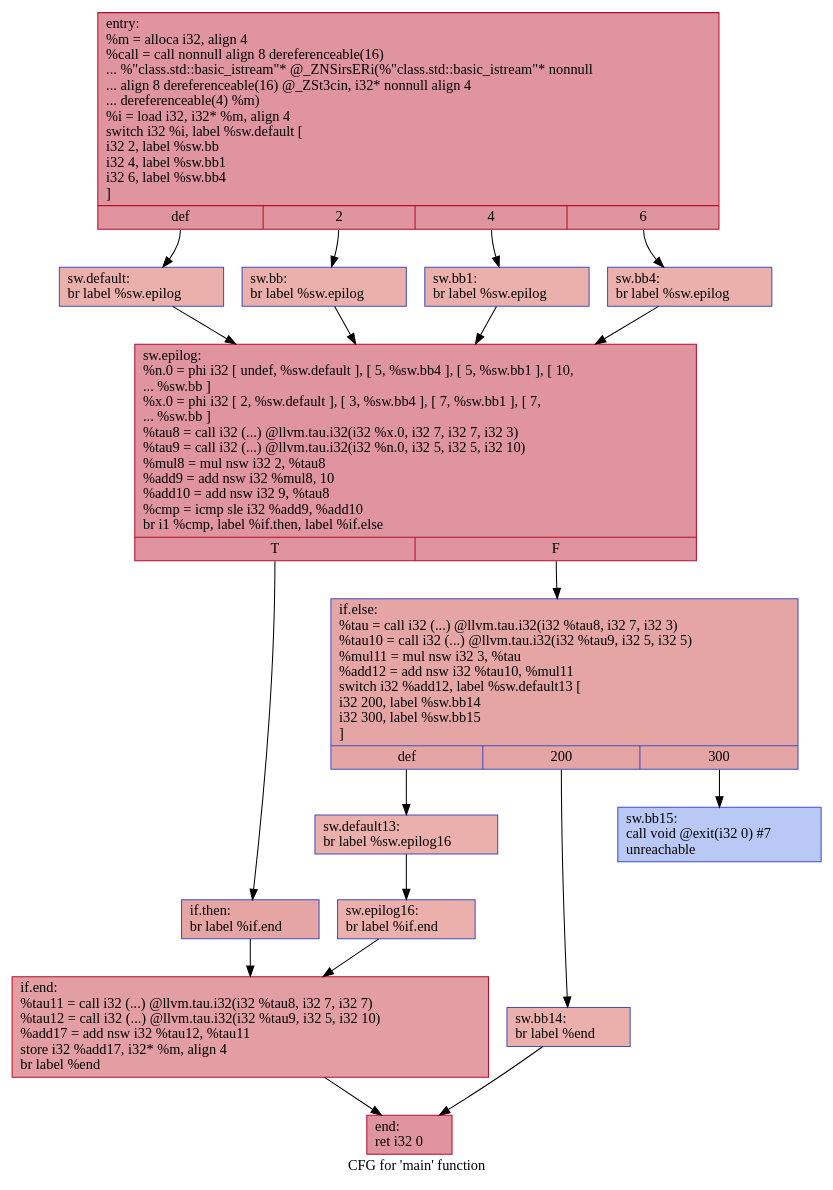
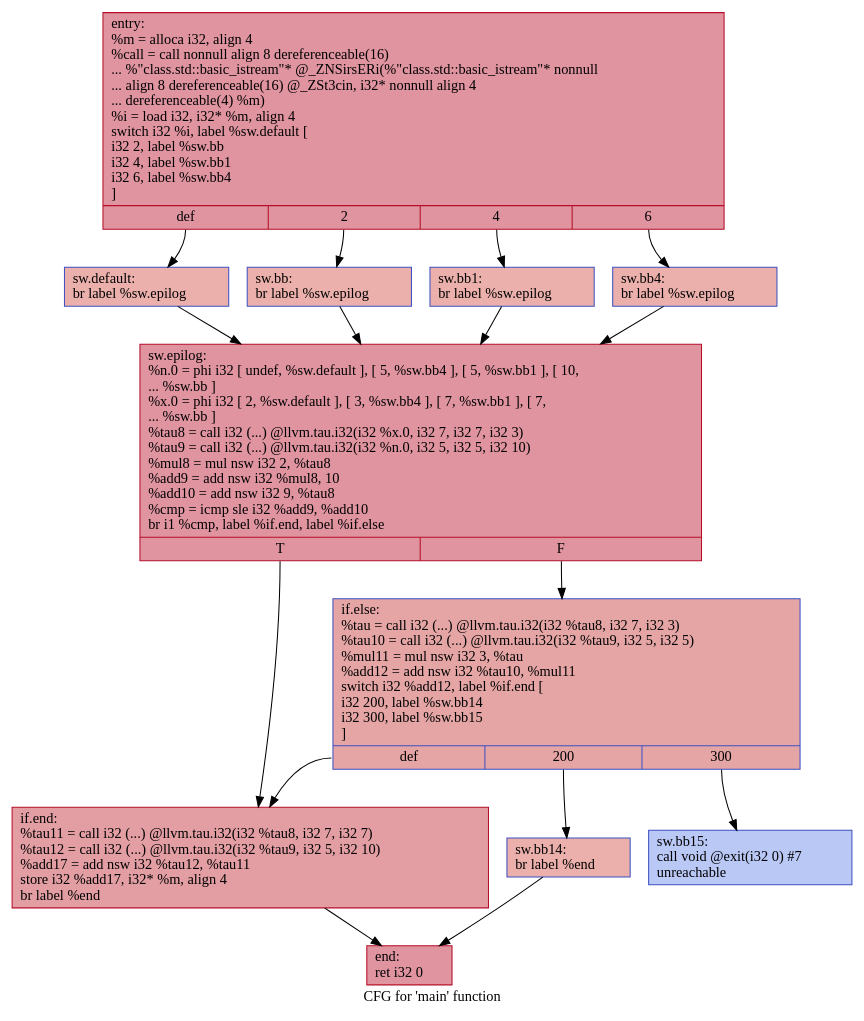
Before and after one commit to HPSSA-LLVM/HPSSA-LLVM: the diagram in IR/cfg/SCCP_HPSSA.dot, drawn with Graphviz. The commit also changed 26 other files, not shown here.

```diff
--- a/IR/cfg/SCCP_HPSSA.dot
+++ b/IR/cfg/SCCP_HPSSA.dot
@@ -1,36 +1,30 @@
 digraph "CFG for 'main' function" {
 	label="CFG for 'main' function";
 
-	Node0x55d9d6692d10 [shape=record,color="#b70d28ff", style=filled, fillcolor="#b70d2870",label="{entry:\l  %m = alloca i32, align 4\l  %call = call nonnull align 8 dereferenceable(16)\l... %\"class.std::basic_istream\"* @_ZNSirsERi(%\"class.std::basic_istream\"* nonnull\l... align 8 dereferenceable(16) @_ZSt3cin, i32* nonnull align 4\l... dereferenceable(4) %m)\l  %i = load i32, i32* %m, align 4\l  switch i32 %i, label %sw.default [\l    i32 2, label %sw.bb\l    i32 4, label %sw.bb1\l    i32 6, label %sw.bb4\l  ]\l|{<s0>def|<s1>2|<s2>4|<s3>6}}"];
-	Node0x55d9d6692d10:s0 -> Node0x55d9d6693180;
-	Node0x55d9d6692d10:s1 -> Node0x55d9d6693290;
-	Node0x55d9d6692d10:s2 -> Node0x55d9d6693390;
-	Node0x55d9d6692d10:s3 -> Node0x55d9d6693490;
-	Node0x55d9d6693290 [shape=record,color="#3d50c3ff", style=filled, fillcolor="#d24b4070",label="{sw.bb:                                            \l  br label %sw.epilog\l}"];
-	Node0x55d9d6693290 -> Node0x55d9d66935b0;
-	Node0x55d9d6693390 [shape=record,color="#3d50c3ff", style=filled, fillcolor="#d24b4070",label="{sw.bb1:                                           \l  br label %sw.epilog\l}"];
-	Node0x55d9d6693390 -> Node0x55d9d66935b0;
-	Node0x55d9d6693490 [shape=record,color="#3d50c3ff", style=filled, fillcolor="#d24b4070",label="{sw.bb4:                                           \l  br label %sw.epilog\l}"];
-	Node0x55d9d6693490 -> Node0x55d9d66935b0;
-	Node0x55d9d6693180 [shape=record,color="#3d50c3ff", style=filled, fillcolor="#d24b4070",label="{sw.default:                                       \l  br label %sw.epilog\l}"];
-	Node0x55d9d6693180 -> Node0x55d9d66935b0;
-	Node0x55d9d66935b0 [shape=record,color="#b70d28ff", style=filled, fillcolor="#b70d2870",label="{sw.epilog:                                        \l  %n.0 = phi i32 [ undef, %sw.default ], [ 5, %sw.bb4 ], [ 5, %sw.bb1 ], [ 10,\l... %sw.bb ]\l  %x.0 = phi i32 [ 2, %sw.default ], [ 3, %sw.bb4 ], [ 7, %sw.bb1 ], [ 7,\l... %sw.bb ]\l  %tau8 = call i32 (...) @llvm.tau.i32(i32 %x.0, i32 7, i32 7, i32 3)\l  %tau9 = call i32 (...) @llvm.tau.i32(i32 %n.0, i32 5, i32 5, i32 10)\l  %mul8 = mul nsw i32 2, %tau8\l  %add9 = add nsw i32 %mul8, 10\l  %add10 = add nsw i32 9, %tau8\l  %cmp = icmp sle i32 %add9, %add10\l  br i1 %cmp, label %if.then, label %if.else\l|{<s0>T|<s1>F}}"];
-	Node0x55d9d66935b0:s0 -> Node0x55d9d6694780;
-	Node0x55d9d66935b0:s1 -> Node0x55d9d66947f0;
-	Node0x55d9d6694780 [shape=record,color="#3d50c3ff", style=filled, fillcolor="#c5333470",label="{if.then:                                          \l  br label %if.end\l}"];
-	Node0x55d9d6694780 -> Node0x55d9d6694910;
-	Node0x55d9d66947f0 [shape=record,color="#3d50c3ff", style=filled, fillcolor="#c5333470",label="{if.else:                                          \l  %tau = call i32 (...) @llvm.tau.i32(i32 %tau8, i32 7, i32 3)\l  %tau10 = call i32 (...) @llvm.tau.i32(i32 %tau9, i32 5, i32 5)\l  %mul11 = mul nsw i32 3, %tau\l  %add12 = add nsw i32 %tau10, %mul11\l  switch i32 %add12, label %sw.default13 [\l    i32 200, label %sw.bb14\l    i32 300, label %sw.bb15\l  ]\l|{<s0>def|<s1>200|<s2>300}}"];
-	Node0x55d9d66947f0:s0 -> Node0x55d9d6694c30;
-	Node0x55d9d66947f0:s1 -> Node0x55d9d6695000;
-	Node0x55d9d66947f0:s2 -> Node0x55d9d6695100;
-	Node0x55d9d6694c30 [shape=record,color="#3d50c3ff", style=filled, fillcolor="#d24b4070",label="{sw.default13:                                     \l  br label %sw.epilog16\l}"];
-	Node0x55d9d6694c30 -> Node0x55d9d66952f0;
-	Node0x55d9d6695000 [shape=record,color="#3d50c3ff", style=filled, fillcolor="#d24b4070",label="{sw.bb14:                                          \l  br label %end\l}"];
-	Node0x55d9d6695000 -> Node0x55d9d66953e0;
-	Node0x55d9d6695100 [shape=record,color="#3d50c3ff", style=filled, fillcolor="#6282ea70",label="{sw.bb15:                                          \l  call void @exit(i32 0) #7\l  unreachable\l}"];
-	Node0x55d9d66952f0 [shape=record,color="#3d50c3ff", style=filled, fillcolor="#d24b4070",label="{sw.epilog16:                                      \l  br label %if.end\l}"];
-	Node0x55d9d66952f0 -> Node0x55d9d6694910;
-	Node0x55d9d6694910 [shape=record,color="#b70d28ff", style=filled, fillcolor="#be242e70",label="{if.end:                                           \l  %tau11 = call i32 (...) @llvm.tau.i32(i32 %tau8, i32 7, i32 7)\l  %tau12 = call i32 (...) @llvm.tau.i32(i32 %tau9, i32 5, i32 10)\l  %add17 = add nsw i32 %tau12, %tau11\l  store i32 %add17, i32* %m, align 4\l  br label %end\l}"];
-	Node0x55d9d6694910 -> Node0x55d9d66953e0;
-	Node0x55d9d66953e0 [shape=record,color="#b70d28ff", style=filled, fillcolor="#b70d2870",label="{end:                                              \l  ret i32 0\l}"];
+	Node0x5634161890c0 [shape=record,color="#b70d28ff", style=filled, fillcolor="#b70d2870",label="{entry:\l  %m = alloca i32, align 4\l  %call = call nonnull align 8 dereferenceable(16)\l... %\"class.std::basic_istream\"* @_ZNSirsERi(%\"class.std::basic_istream\"* nonnull\l... align 8 dereferenceable(16) @_ZSt3cin, i32* nonnull align 4\l... dereferenceable(4) %m)\l  %i = load i32, i32* %m, align 4\l  switch i32 %i, label %sw.default [\l    i32 2, label %sw.bb\l    i32 4, label %sw.bb1\l    i32 6, label %sw.bb4\l  ]\l|{<s0>def|<s1>2|<s2>4|<s3>6}}"];
+	Node0x5634161890c0:s0 -> Node0x563416189500;
+	Node0x5634161890c0:s1 -> Node0x563416189610;
+	Node0x5634161890c0:s2 -> Node0x563416189710;
+	Node0x5634161890c0:s3 -> Node0x563416189810;
+	Node0x563416189610 [shape=record,color="#3d50c3ff", style=filled, fillcolor="#d24b4070",label="{sw.bb:                                            \l  br label %sw.epilog\l}"];
+	Node0x563416189610 -> Node0x563416189930;
+	Node0x563416189710 [shape=record,color="#3d50c3ff", style=filled, fillcolor="#d24b4070",label="{sw.bb1:                                           \l  br label %sw.epilog\l}"];
+	Node0x563416189710 -> Node0x563416189930;
+	Node0x563416189810 [shape=record,color="#3d50c3ff", style=filled, fillcolor="#d24b4070",label="{sw.bb4:                                           \l  br label %sw.epilog\l}"];
+	Node0x563416189810 -> Node0x563416189930;
+	Node0x563416189500 [shape=record,color="#3d50c3ff", style=filled, fillcolor="#d24b4070",label="{sw.default:                                       \l  br label %sw.epilog\l}"];
+	Node0x563416189500 -> Node0x563416189930;
+	Node0x563416189930 [shape=record,color="#b70d28ff", style=filled, fillcolor="#b70d2870",label="{sw.epilog:                                        \l  %n.0 = phi i32 [ undef, %sw.default ], [ 5, %sw.bb4 ], [ 5, %sw.bb1 ], [ 10,\l... %sw.bb ]\l  %x.0 = phi i32 [ 2, %sw.default ], [ 3, %sw.bb4 ], [ 7, %sw.bb1 ], [ 7,\l... %sw.bb ]\l  %tau8 = call i32 (...) @llvm.tau.i32(i32 %x.0, i32 7, i32 7, i32 3)\l  %tau9 = call i32 (...) @llvm.tau.i32(i32 %n.0, i32 5, i32 5, i32 10)\l  %mul8 = mul nsw i32 2, %tau8\l  %add9 = add nsw i32 %mul8, 10\l  %add10 = add nsw i32 9, %tau8\l  %cmp = icmp sle i32 %add9, %add10\l  br i1 %cmp, label %if.end, label %if.else\l|{<s0>T|<s1>F}}"];
+	Node0x563416189930:s0 -> Node0x56341618aad0;
+	Node0x563416189930:s1 -> Node0x56341618ab40;
+	Node0x56341618ab40 [shape=record,color="#3d50c3ff", style=filled, fillcolor="#c5333470",label="{if.else:                                          \l  %tau = call i32 (...) @llvm.tau.i32(i32 %tau8, i32 7, i32 3)\l  %tau10 = call i32 (...) @llvm.tau.i32(i32 %tau9, i32 5, i32 5)\l  %mul11 = mul nsw i32 3, %tau\l  %add12 = add nsw i32 %tau10, %mul11\l  switch i32 %add12, label %if.end [\l    i32 200, label %sw.bb14\l    i32 300, label %sw.bb15\l  ]\l|{<s0>def|<s1>200|<s2>300}}"];
+	Node0x56341618ab40:s0 -> Node0x56341618aad0;
+	Node0x56341618ab40:s1 -> Node0x56341618aed0;
+	Node0x56341618ab40:s2 -> Node0x56341618af70;
+	Node0x56341618aed0 [shape=record,color="#3d50c3ff", style=filled, fillcolor="#d24b4070",label="{sw.bb14:                                          \l  br label %end\l}"];
+	Node0x56341618aed0 -> Node0x56341618b420;
+	Node0x56341618af70 [shape=record,color="#3d50c3ff", style=filled, fillcolor="#6282ea70",label="{sw.bb15:                                          \l  call void @exit(i32 0) #7\l  unreachable\l}"];
+	Node0x56341618aad0 [shape=record,color="#b70d28ff", style=filled, fillcolor="#be242e70",label="{if.end:                                           \l  %tau11 = call i32 (...) @llvm.tau.i32(i32 %tau8, i32 7, i32 7)\l  %tau12 = call i32 (...) @llvm.tau.i32(i32 %tau9, i32 5, i32 10)\l  %add17 = add nsw i32 %tau12, %tau11\l  store i32 %add17, i32* %m, align 4\l  br label %end\l}"];
+	Node0x56341618aad0 -> Node0x56341618b420;
+	Node0x56341618b420 [shape=record,color="#b70d28ff", style=filled, fillcolor="#b70d2870",label="{end:                                              \l  ret i32 0\l}"];
 }
```
